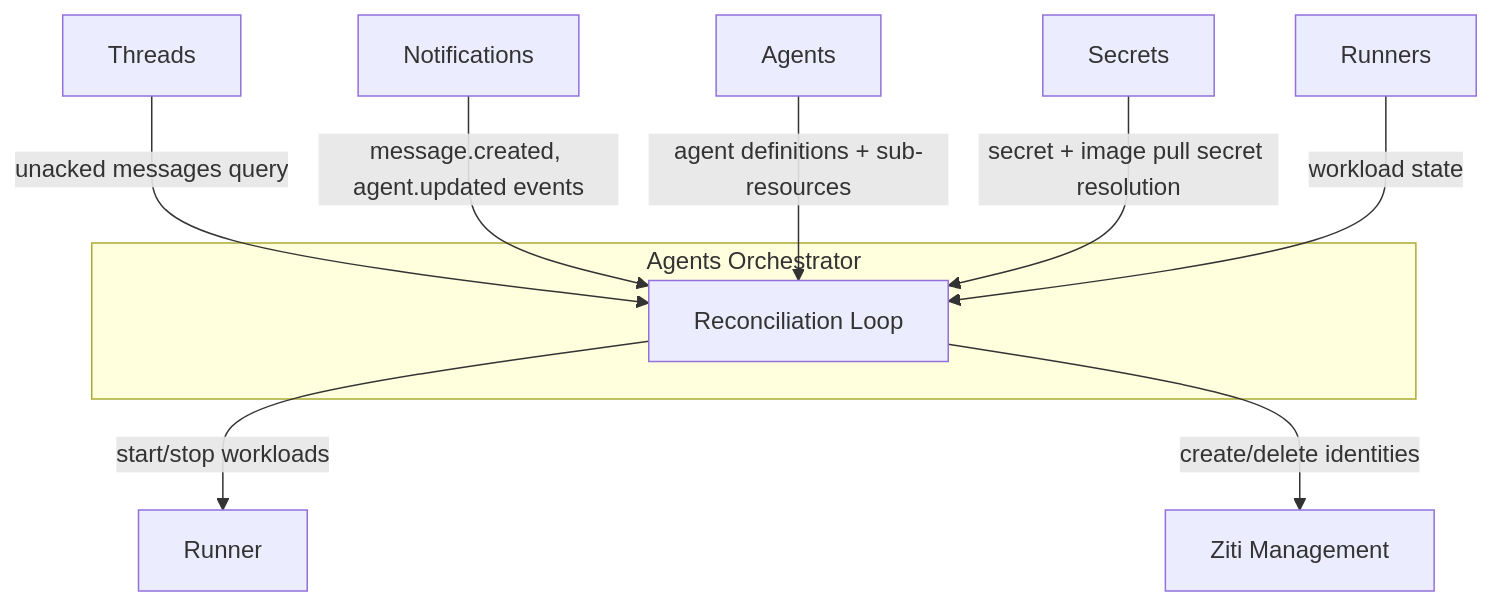
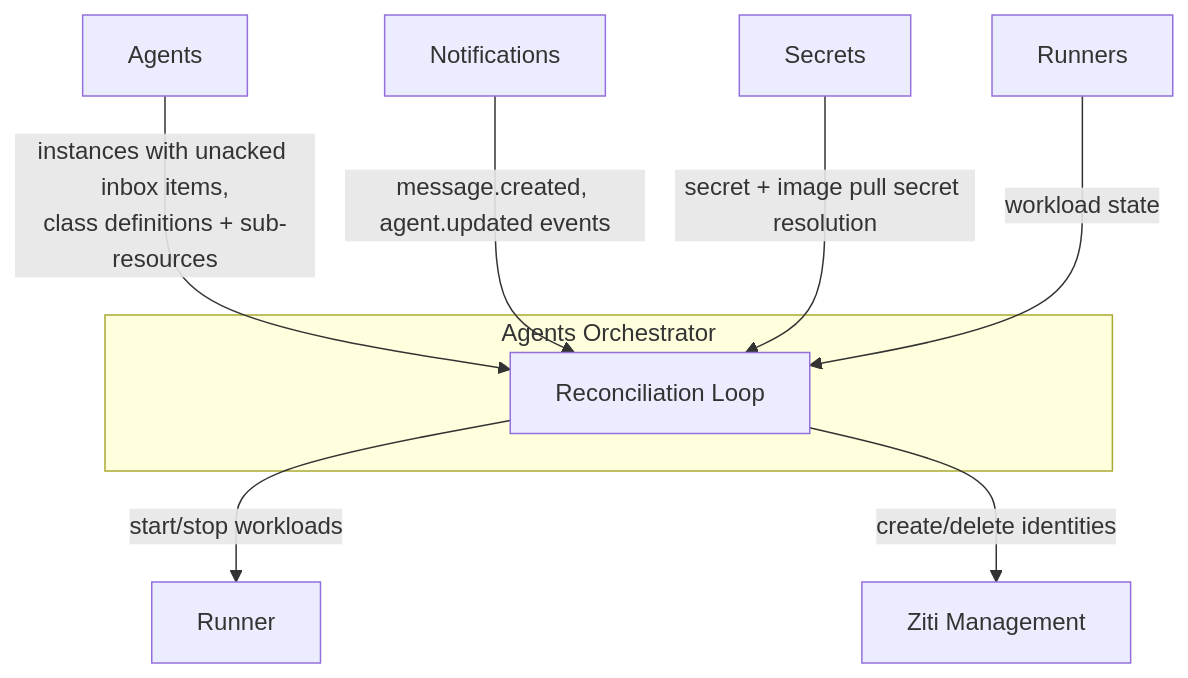
One commit to agynio/architecture changed the first of 4 diagrams in architecture/agents-orchestrator.md. Above: the diagram before and after it, drawn with Mermaid. The commit also changed other lines of this file and 17 other files, not shown here.

````diff
--- a/architecture/agents-orchestrator.md
+++ b/architecture/agents-orchestrator.md
@@ -11,14 +11,13 @@
 ```mermaid
 graph TB
     subgraph "Agents Orchestrator"
         Reconciler[Reconciliation Loop]
     end
 
-    Threads -->|unacked messages query| Reconciler
+    Agents -->|instances with unacked inbox items,<br/>class definitions + sub-resources| Reconciler
     Notifications -->|message.created, agent.updated events| Reconciler
-    Agents -->|agent definitions + sub-resources| Reconciler
     Secrets -->|secret + image pull secret resolution| Reconciler
     Runners[Runners] -->|workload state| Reconciler
     Reconciler -->|start/stop workloads| Runner
     Reconciler -->|create/delete identities| ZitiMgmt[Ziti Management]
 ```
````
